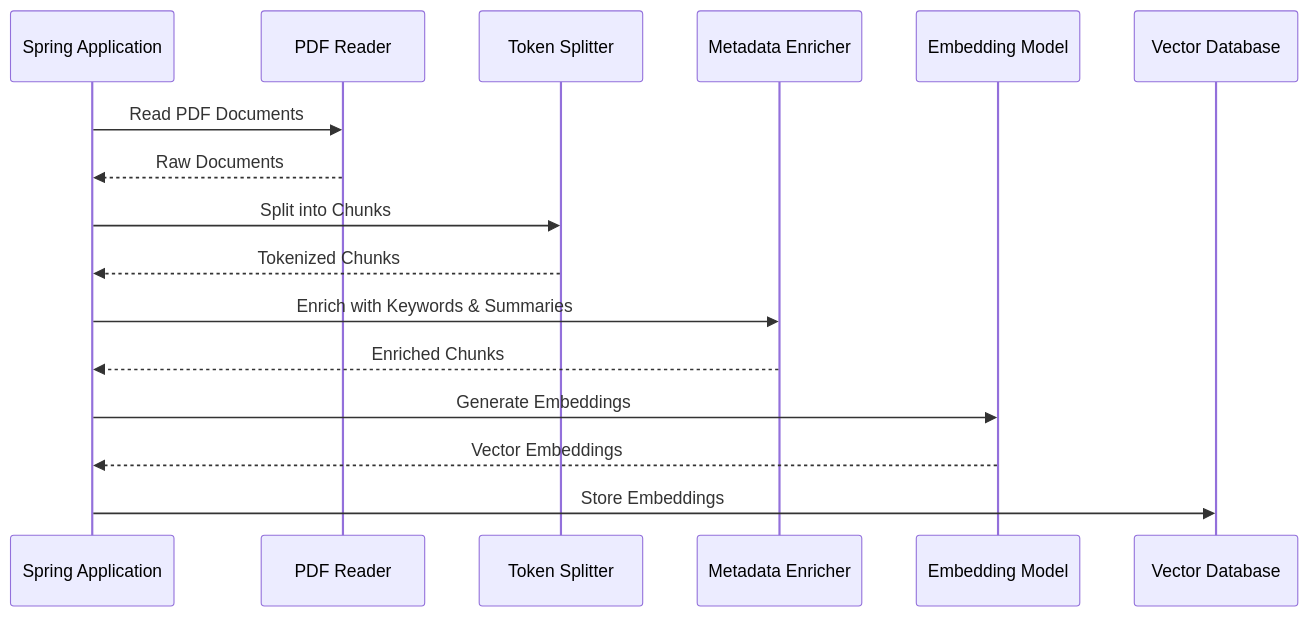
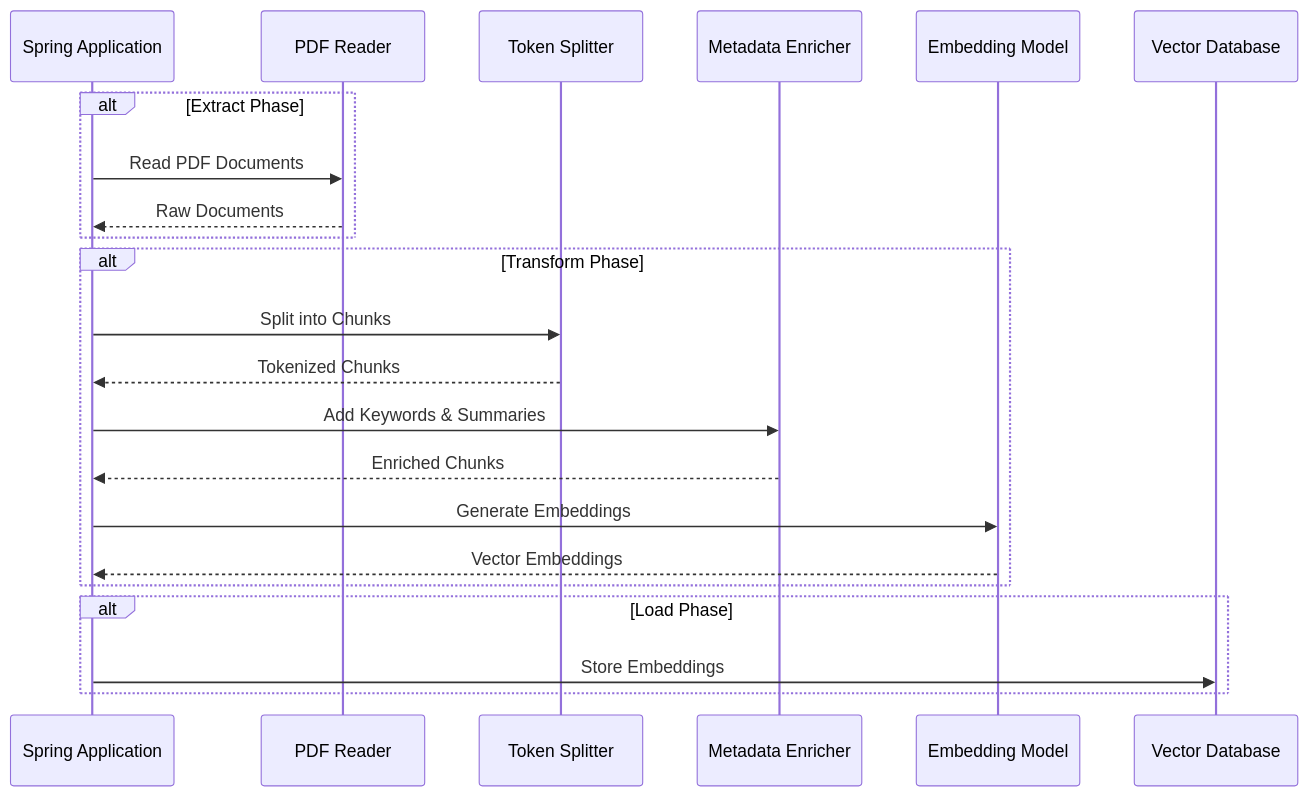
The eighth of 15 diagrams in ReadMe.md (chandrasekhar4u/spring-ai-tutorial), drawn with Mermaid before and after one commit.

````diff
--- a/ReadMe.md
+++ b/ReadMe.md
@@ -325,24 +325,32 @@
 ```mermaid
 sequenceDiagram
     participant SpringApp as Spring Application
     participant PDFReader as PDF Reader
     participant Splitter as Token Splitter
     participant Metadata as Metadata Enricher
     participant EmbeddingModel as Embedding Model
     participant VectorDB as Vector Database
 
-    SpringApp->>PDFReader: Read PDF Documents
-    PDFReader-->>SpringApp: Raw Documents
+    alt Extract Phase
+        SpringApp->>PDFReader: Read PDF Documents
+        PDFReader-->>SpringApp: Raw Documents
+    end
 
-    SpringApp->>Splitter: Split into Chunks
-    Splitter-->>SpringApp: Tokenized Chunks
+    alt Transform Phase
+        SpringApp->>Splitter: Split into Chunks
+        Splitter-->>SpringApp: Tokenized Chunks
 
-    SpringApp->>Metadata: Enrich with Keywords & Summaries
-    Metadata-->>SpringApp: Enriched Chunks
+        SpringApp->>Metadata: Add Keywords & Summaries
+        Metadata-->>SpringApp: Enriched Chunks
 
-    SpringApp->>EmbeddingModel: Generate Embeddings
-    EmbeddingModel-->>SpringApp: Vector Embeddings
+        SpringApp->>EmbeddingModel: Generate Embeddings
+        EmbeddingModel-->>SpringApp: Vector Embeddings
+    end
 
-    SpringApp->>VectorDB: Store Embeddings
+    alt Load Phase
+        SpringApp->>VectorDB: Store Embeddings
+    end
+
+
 
 ```
````
